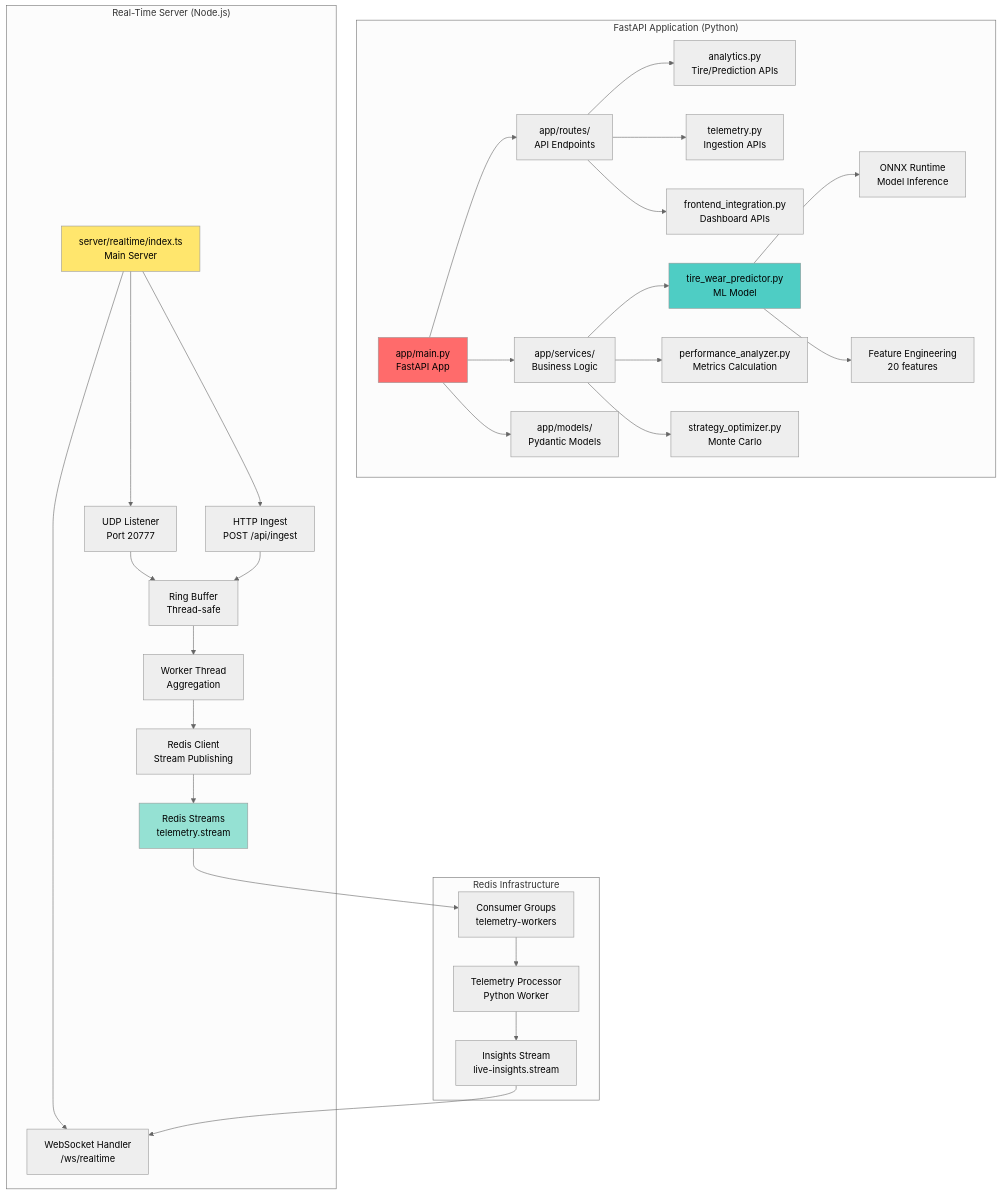
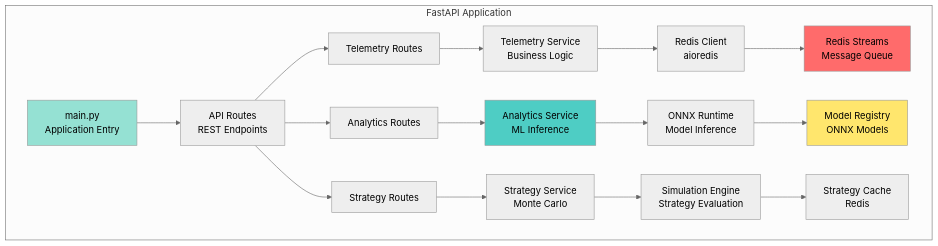
The tenth of 27 diagrams in README.md (lucylow/blank-slate-canvas), drawn with Mermaid (neutral theme) before and after one commit. The commit also changed other lines of this file and 2 other files, not shown here.

````diff
--- a/README.md
+++ b/README.md
@@ -453,44 +547,26 @@
 ```mermaid
 graph TB
-    subgraph "FastAPI Application (Python)"
-        A[app/main.py<br/>FastAPI App] --> B[app/routes/<br/>API Endpoints]
-        A --> C[app/services/<br/>Business Logic]
-        A --> D[app/models/<br/>Pydantic Models]
+    subgraph "FastAPI Application"
+        A[main.py<br/>Application Entry] --> B[API Routes<br/>REST Endpoints]
+        B --> C[Telemetry Routes]
+        B --> D[Analytics Routes]
+        B --> E[Strategy Routes]
         
-        B --> E[analytics.py<br/>Tire/Prediction APIs]
-        B --> F[telemetry.py<br/>Ingestion APIs]
-        B --> G[frontend_integration.py<br/>Dashboard APIs]
+        C --> F[Telemetry Service<br/>Business Logic]
+        D --> G[Analytics Service<br/>ML Inference]
+        E --> H[Strategy Service<br/>Monte Carlo]
         
-        C --> H[tire_wear_predictor.py<br/>ML Model]
-        C --> I[performance_analyzer.py<br/>Metrics Calculation]
-        C --> J[strategy_optimizer.py<br/>Monte Carlo]
+        F --> I[Redis Client<br/>aioredis]
+        G --> J[ONNX Runtime<br/>Model Inference]
+        H --> K[Simulation Engine<br/>Strategy Evaluation]
         
-        H --> K[ONNX Runtime<br/>Model Inference]
-        H --> L[Feature Engineering<br/>20 features]
+        I --> L[Redis Streams<br/>Message Queue]
+        J --> M[Model Registry<br/>ONNX Models]
+        K --> N[Strategy Cache<br/>Redis]
     end
     
-    subgraph "Real-Time Server (Node.js)"
-        M[server/realtime/index.ts<br/>Main Server] --> N[UDP Listener<br/>Port 20777]
-        M --> O[HTTP Ingest<br/>POST /api/ingest]
-        M --> P[WebSocket Handler<br/>/ws/realtime]
-        
-        N --> Q[Ring Buffer<br/>Thread-safe]
-        O --> Q
-        Q --> R[Worker Thread<br/>Aggregation]
-        R --> S[Redis Client<br/>Stream Publishing]
-        
-        S --> T[Redis Streams<br/>telemetry.stream]
-    end
-    
-    subgraph "Redis Infrastructure"
-        T --> U[Consumer Groups<br/>telemetry-workers]
-        U --> V[Telemetry Processor<br/>Python Worker]
-        V --> W[Insights Stream<br/>live-insights.stream]
-        W --> P
-    end
-    
-    style A fill:#ff6b6b
-    style H fill:#4ecdc4
+    style A fill:#95e1d3
+    style G fill:#4ecdc4
+    style L fill:#ff6b6b
     style M fill:#ffe66d
-    style T fill:#95e1d3
 ```
````
